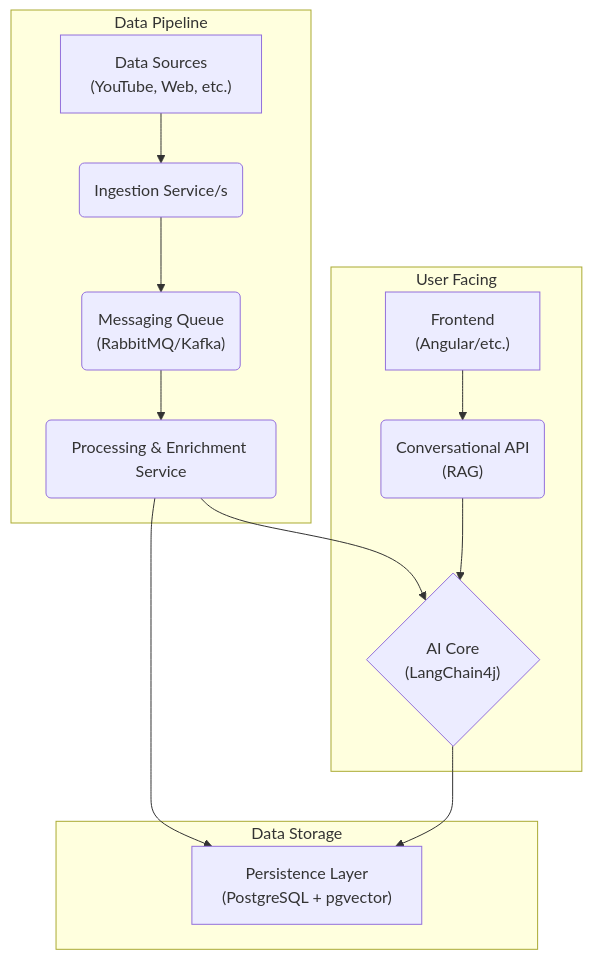
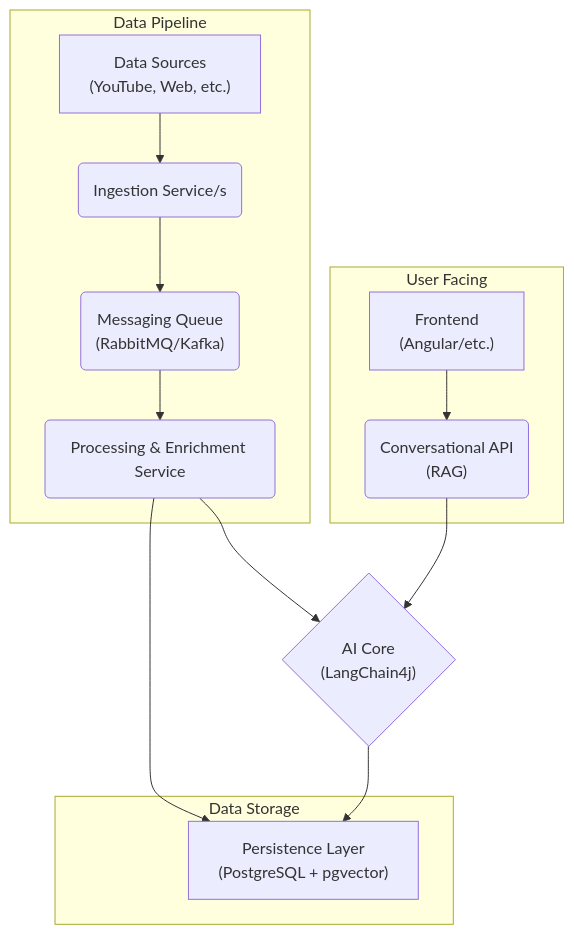
The diagram in src/main/docs/specification.md (sjuresa/povzetkar), drawn with Mermaid before and after one commit. The commit also changed 2 other files, not shown here.

````diff
--- a/src/main/docs/specification.md
+++ b/src/main/docs/specification.md
@@ -16,21 +16,23 @@
 ```mermaid
 graph TD
     subgraph "User Facing"
         A["Frontend <br>(Angular/etc.)"] --> B("Conversational API <br>(RAG)")
-        B --> C{"AI Core <br>(LangChain4j)"}
     end
 
     subgraph "Data Pipeline"
         D["Data Sources <br>(YouTube, Web, etc.)"] --> E("Ingestion Service/s")
         E --> F("Messaging Queue <br>(RabbitMQ/Kafka)")
         F --> G("Processing & Enrichment Service")
     end
 
     subgraph "Data Storage"
         H["Persistence Layer <br>(PostgreSQL + pgvector)"]
     end
 
+    C{"AI Core <br>(LangChain4j)"}
+
+    B --> C
     G --> H
     C --> H
     G --> C
 ```
````
